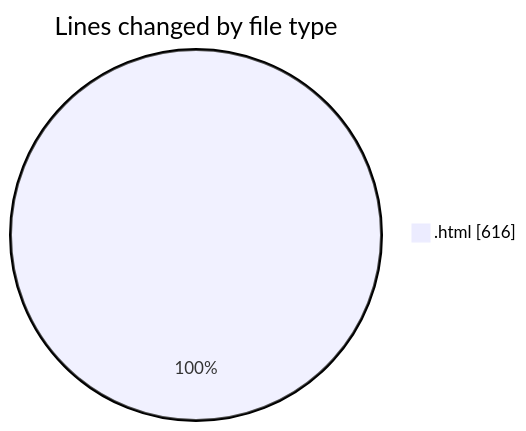
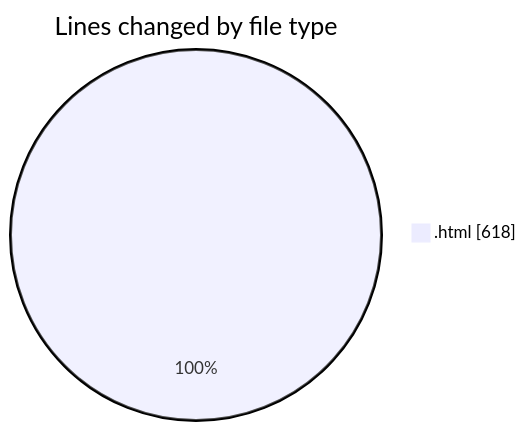
One commit to LanceThiago/code-tracking changed the first of 2 diagrams in 2025-01-08/nueva_carpeta/README.md. Above: the diagram before and after it, drawn with Mermaid. The commit also changed other lines of this file and 1 other file, not shown here.

````diff
--- a/2025-01-08/nueva_carpeta/README.md
+++ b/2025-01-08/nueva_carpeta/README.md
@@ -20,5 +20,5 @@
 ```mermaid
 pie showData
 title Lines changed by file type
-".html" : 616
+".html" : 618
 ```
````
